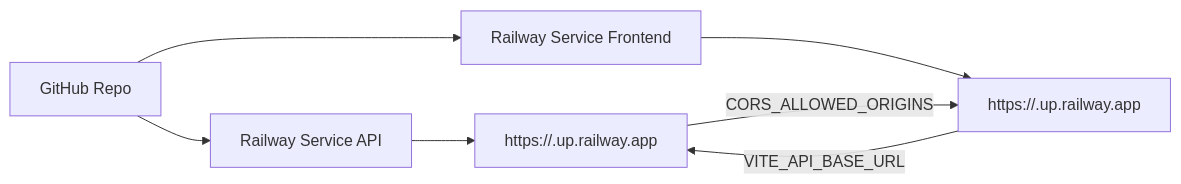
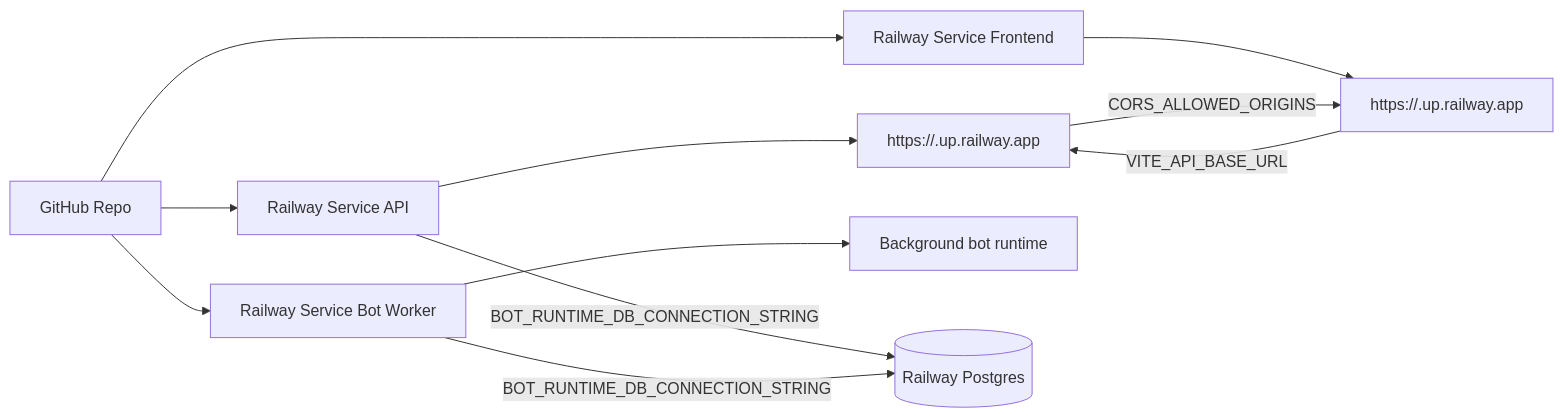
One commit to Kapriel-Talatinian/Atlas_public changed the fifth of 5 diagrams in README.md. Above: the diagram before and after it, drawn with Mermaid. The commit also changed other lines of this file and 34 other files, not shown here.

Commit message:
Ship Polymarket live workspace and bot runtime hardening

````diff
--- a/README.md
+++ b/README.md
@@ -513,11 +591,15 @@
 ```mermaid
 flowchart LR
     GH[GitHub Repo] --> RAPI[Railway Service API]
+    GH --> RWORK[Railway Service Bot Worker]
     GH --> RWEB[Railway Service Frontend]
 
     RAPI --> APIURL[https://<atlas-api>.up.railway.app]
+    RWORK --> WORKER[Background bot runtime]
     RWEB --> WEBURL[https://<atlas-web>.up.railway.app]
 
     WEBURL -->|VITE_API_BASE_URL| APIURL
     APIURL -->|CORS_ALLOWED_ORIGINS| WEBURL
+    RAPI -->|BOT_RUNTIME_DB_CONNECTION_STRING| PG[(Railway Postgres)]
+    RWORK -->|BOT_RUNTIME_DB_CONNECTION_STRING| PG
 ```
````
